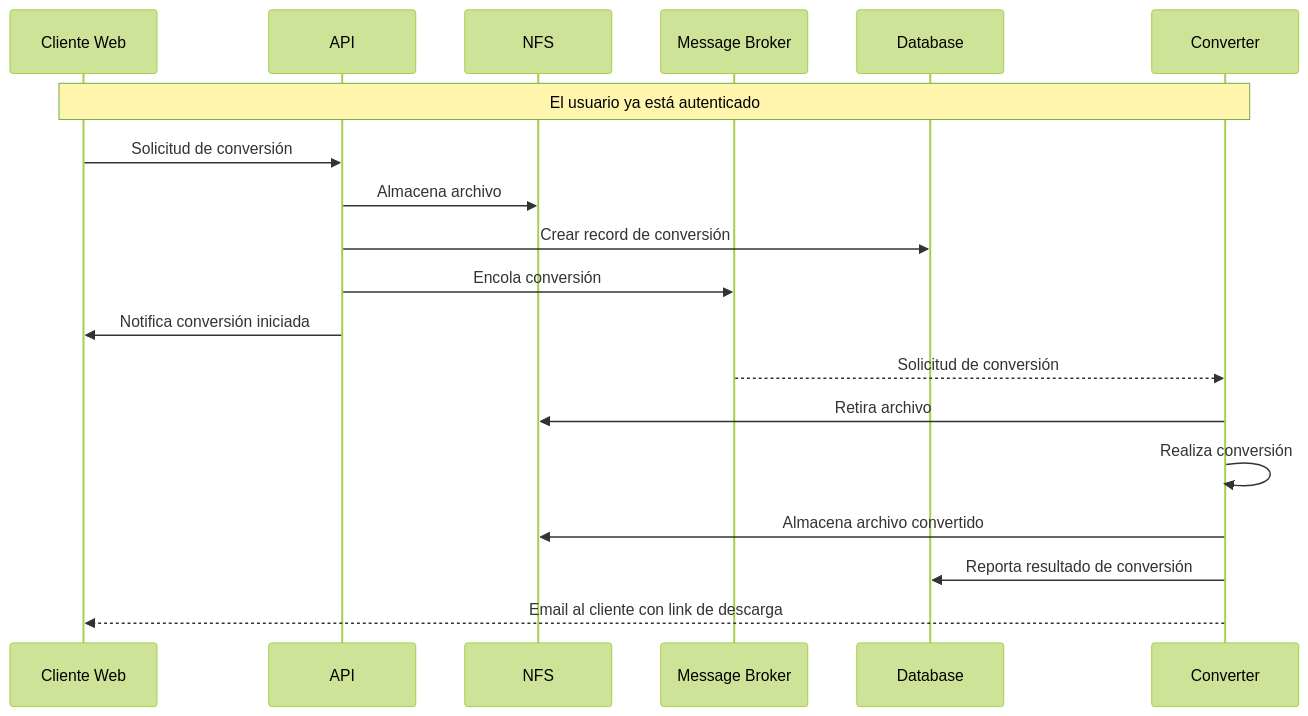
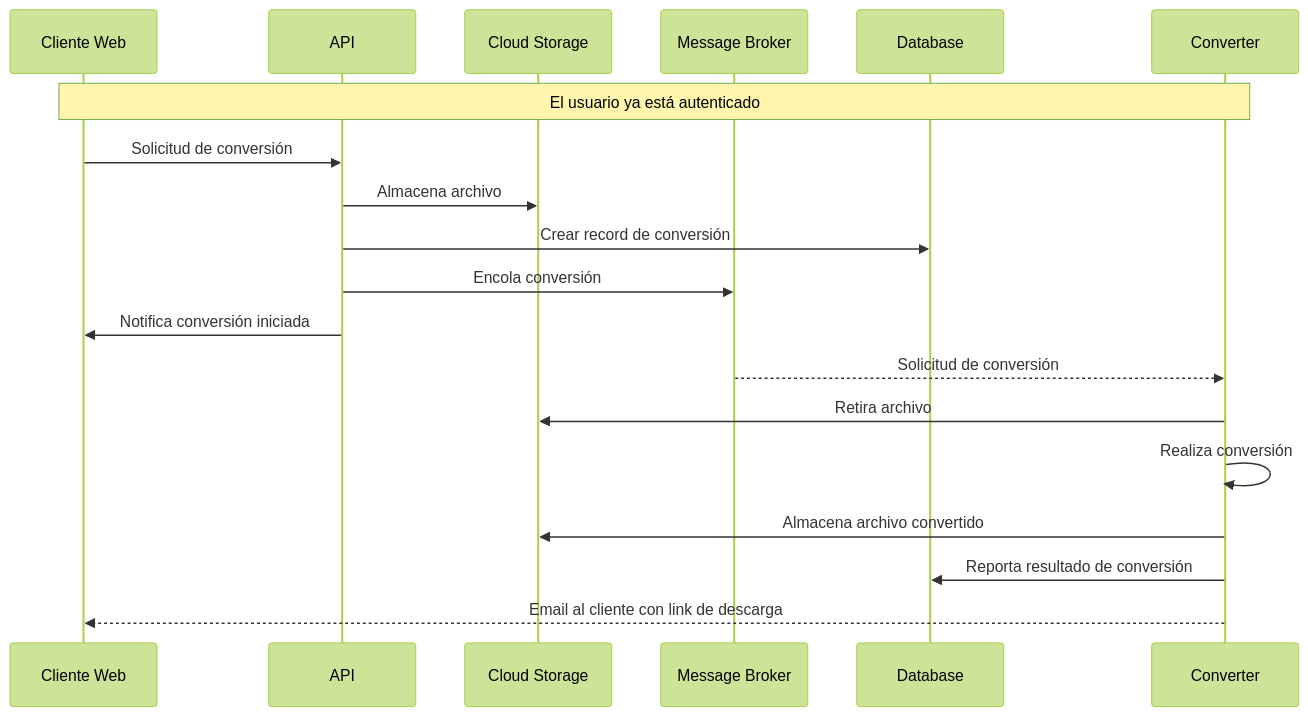
The second of 4 diagrams in README.md (muniter/uni_cloud_convert), drawn with Mermaid (forest theme) before and after one commit. The commit also changed other lines of this file and 1 other file, not shown here.

````diff
--- a/README.md
+++ b/README.md
@@ -79,23 +124,23 @@
 ```mermaid
 sequenceDiagram
   participant cli as Cliente Web
   participant api as API
-  participant nfs as NFS
+  participant gcs as Cloud Storage
   participant mb as Message Broker
   participant db as Database
   participant co as Converter
 
   Note over cli,co: El usuario ya está autenticado
 
   cli->>api: Solicitud de conversión
-  api->>nfs: Almacena archivo
+  api->>gcs: Almacena archivo
   api->>db: Crear record de conversión
   api->>mb: Encola conversión
   api->>cli: Notifica conversión iniciada
   mb-->>co: Solicitud de conversión
-  co->>nfs: Retira archivo
+  co->>gcs: Retira archivo
   co->>co: Realiza conversión
-  co->>nfs: Almacena archivo convertido
+  co->>gcs: Almacena archivo convertido
   co->>db: Reporta resultado de conversión
   co-->>cli: Email al cliente con link de descarga
 ```
````
